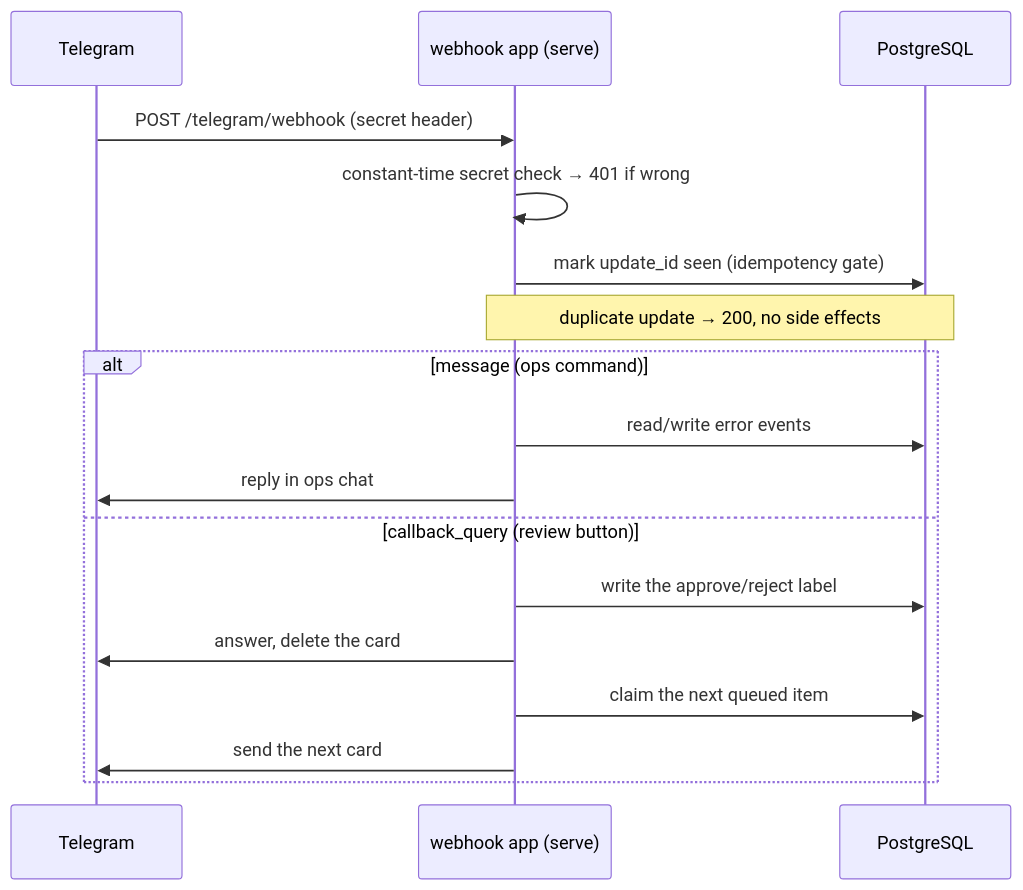
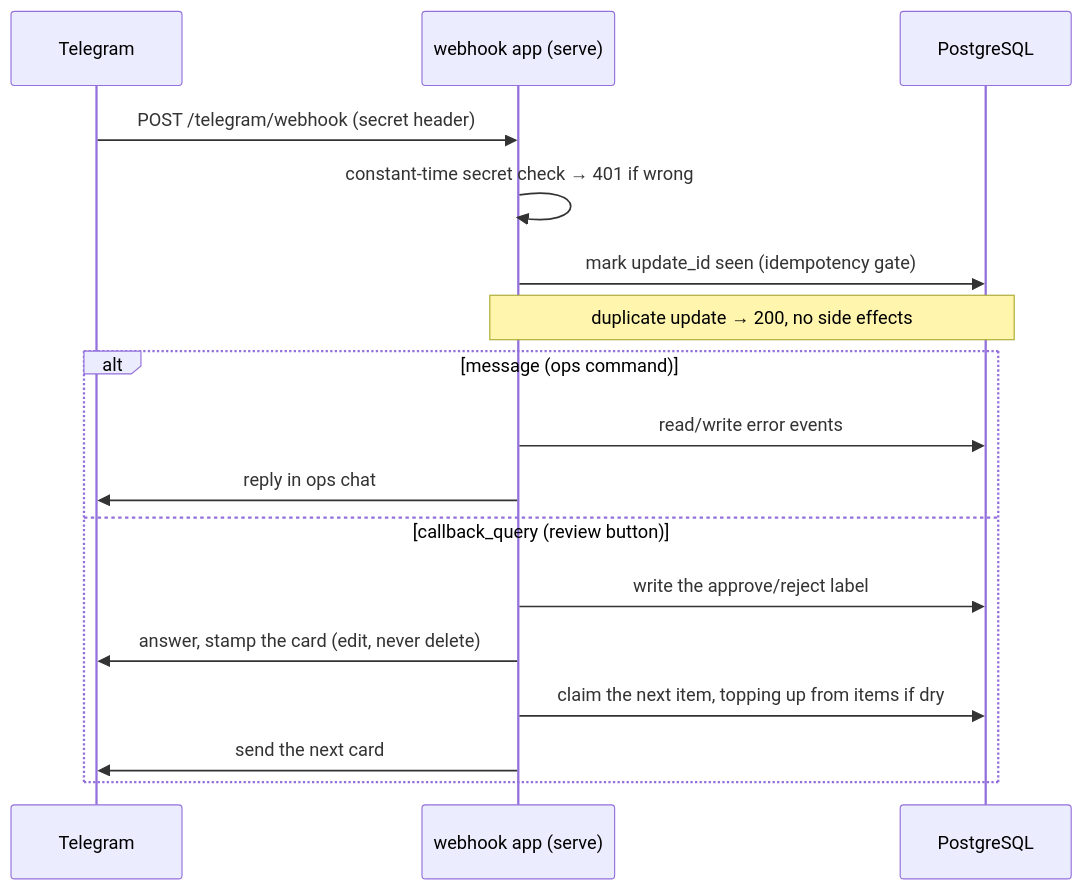
The third of 3 diagrams in docs/architecture.md (yeshdmits/news-tg-bot), drawn with Mermaid before and after one commit. The commit also changed 9 other files, not shown here.

````diff
--- a/docs/architecture.md
+++ b/docs/architecture.md
@@ -97,20 +97,20 @@
 ```mermaid
 sequenceDiagram
     participant T as Telegram
     participant W as webhook app (serve)
     participant PG as PostgreSQL
 
     T->>W: POST /telegram/webhook (secret header)
     W->>W: constant-time secret check → 401 if wrong
     W->>PG: mark update_id seen (idempotency gate)
     Note over W,PG: duplicate update → 200, no side effects
     alt message (ops command)
         W->>PG: read/write error events
         W->>T: reply in ops chat
     else callback_query (review button)
         W->>PG: write the approve/reject label
-        W->>T: answer, delete the card
-        W->>PG: claim the next queued item
+        W->>T: answer, stamp the card (edit, never delete)
+        W->>PG: claim the next item, topping up from items if dry
         W->>T: send the next card
     end
 ```
````
